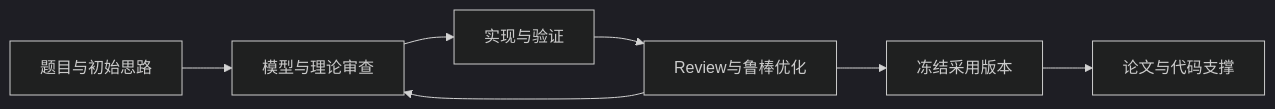
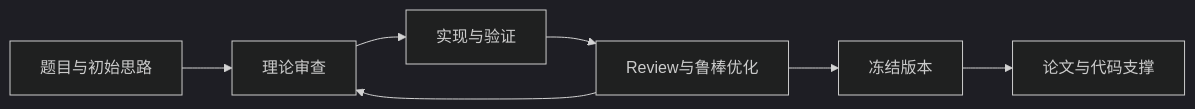
One commit to sakur7a/cumcm-modeling-skills changed the diagram in README.md. Above: the diagram before and after it, drawn with Mermaid (dark theme). The commit also changed other lines of this file and 29 other files, not shown here.

````diff
--- a/README.md
+++ b/README.md
@@ -29,9 +83,9 @@
 ```mermaid
 flowchart LR
-    A[题目与初始思路] --> B[模型与理论审查]
+    A[题目与初始思路] --> B[理论审查]
     B --> C[实现与验证]
     C --> D[Review与鲁棒优化]
-    D --> E[冻结采用版本]
+    D --> E[冻结版本]
     E --> F[论文与代码支撑]
     D --> B
 ```
````
